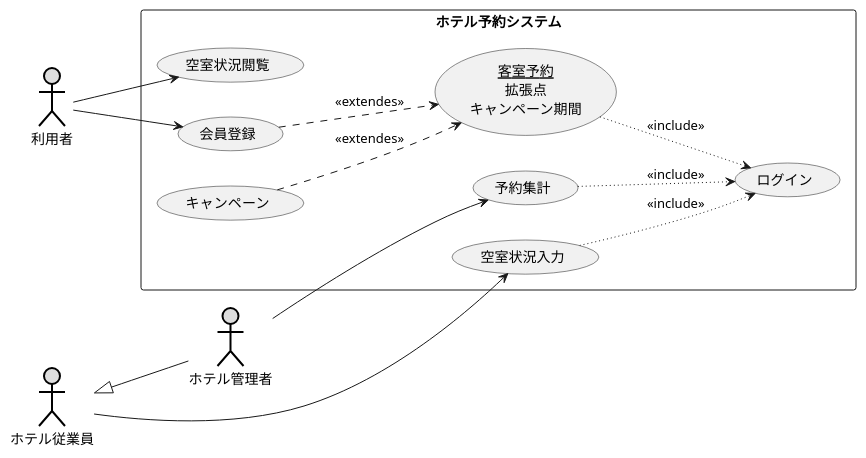
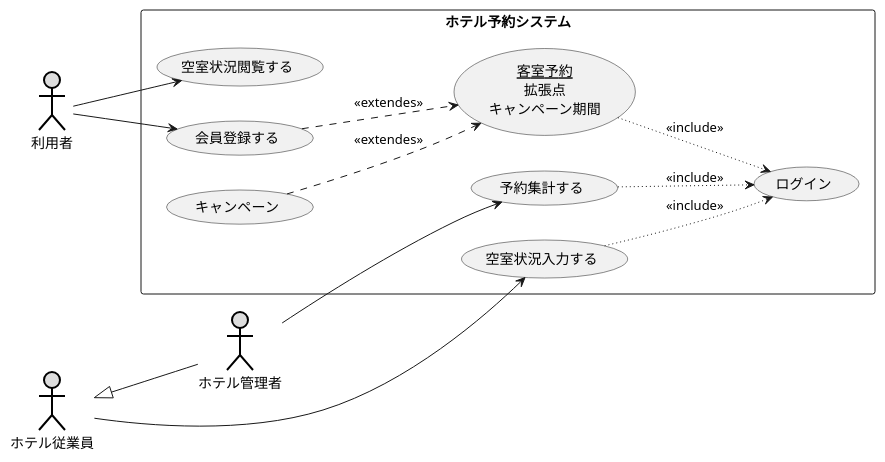
One commit to orenouserNamehaKawamura1/uml-introduction changed the diagram in 演習2-8_UC_ホテル予約システム.pu. Above: the diagram before and after it, drawn with PlantUML. The commit also changed 2 other files, not shown here.

```diff
--- a/演習2-8_UC_ホテル予約システム.pu
+++ b/演習2-8_UC_ホテル予約システム.pu
@@ -1,26 +1,26 @@
 @startuml 演習2-8
     left to right direction
     actor 利用者 as user #DDDDDD;line:black;line.bold;
     actor ホテル従業員 as employee #DDDDDD;line:black;line.bold;
     actor ホテル管理者 as admin #DDDDDD;line:black;line.bold;
     rectangle ホテル予約システム{
         usecase ログイン as login
-        usecase 空室状況閲覧 as reading
-        usecase 空室状況入力 as input
+        usecase 空室状況閲覧する as reading
+        usecase 空室状況入力する as input
         usecase (<u>客室予約</u>\n拡張点\nキャンペーン期間) as reserve
-        usecase 予約集計 as aggregation
-        usecase 会員登録 as register
+        usecase 予約集計する as aggregation
+        usecase 会員登録する as register
         usecase キャンペーン
     }
     user --> register
     キャンペーン -[dashed]-> reserve : <<extendes>>
     reserve -[dotted]-> login : <<include>>
     register -[dashed]-> reserve : <<extendes>>
     input -[dotted]-> login : <<include>>
     aggregation -[dotted]-> login : <<include>>
     user --> reading
     employee --> input
     admin --> aggregation
     employee  <|-- admin 
 
 @enduml
```
